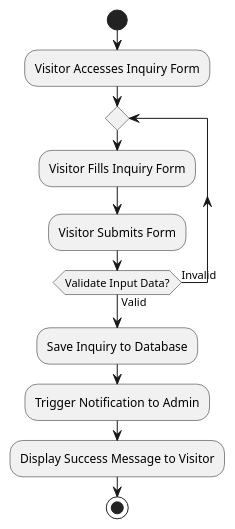
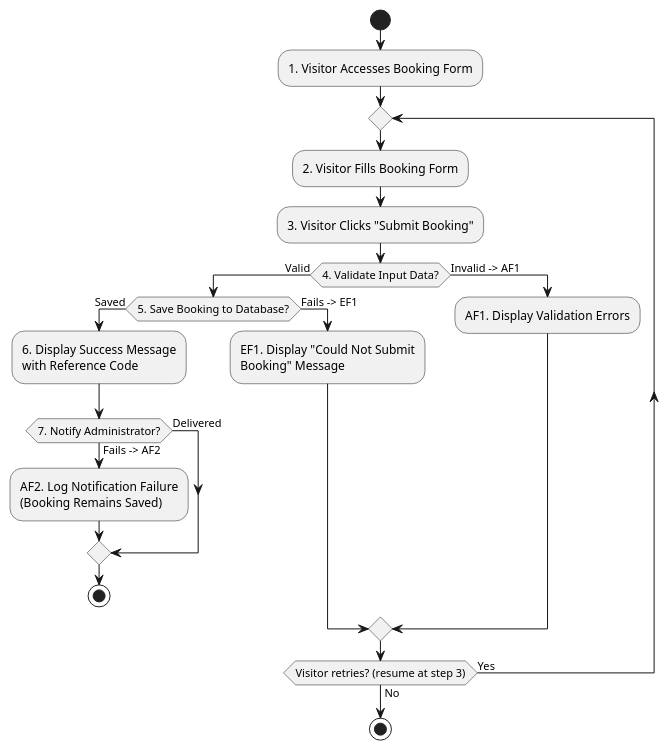
One commit to 7azmi/Al-Muneer-Portal changed the sixth of 8 diagrams in Academic version/main_report.md. Above: the diagram before and after it, drawn with PlantUML. The commit also changed other lines of this file and 10 other files, not shown here.

````diff
--- a/Academic version/main_report.md
+++ b/Academic version/main_report.md
@@ -629,14 +644,26 @@
 ```plantuml
 @startuml
 start
-:Visitor Accesses Inquiry Form;
+:1. Visitor Accesses Booking Form;
 repeat
-  :Visitor Fills Inquiry Form;
-  :Visitor Submits Form;
-repeat while (Validate Input Data?) is (Invalid) not (Valid)
-:Save Inquiry to Database;
-:Trigger Notification to Admin;
-:Display Success Message to Visitor;
+  :2. Visitor Fills Booking Form;
+  :3. Visitor Clicks "Submit Booking";
+  if (4. Validate Input Data?) then (Valid)
+    if (5. Save Booking to Database?) then (Saved)
+      :6. Display Success Message\nwith Reference Code;
+      if (7. Notify Administrator?) then (Delivered)
+      else (Fails -> AF2)
+        :AF2. Log Notification Failure\n(Booking Remains Saved);
+      endif
+      stop
+    else (Fails -> EF1)
+      :EF1. Display "Could Not Submit
+      Booking" Message;
+    endif
+  else (Invalid -> AF1)
+    :AF1. Display Validation Errors;
+  endif
+repeat while (Visitor retries? (resume at step 3)) is (Yes) not (No)
 stop
 @enduml
 ```
````
